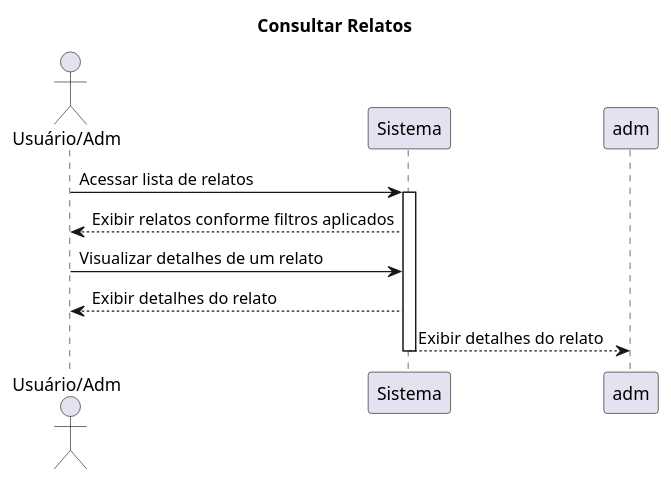
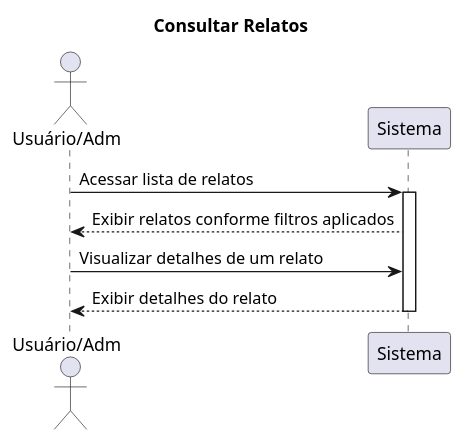
The fourth of 4 diagrams in SequenceDiagram.md (RenataArdito/Alerta-ADS), drawn with PlantUML before and after one commit.

````diff
--- a/SequenceDiagram.md
+++ b/SequenceDiagram.md
@@ -59,22 +59,21 @@
 ```plantuml
 @startuml
 
 title Consultar Relatos
 
 actor "Usuário/Adm" as usr
 participant "Sistema" as sis
 
 usr -> sis: Acessar lista de relatos
 activate sis
 
 sis --> usr: Exibir relatos conforme filtros aplicados
 
 usr -> sis: Visualizar detalhes de um relato
 
 sis --> usr: Exibir detalhes do relato
-sis --> adm: Exibir detalhes do relato
 
 deactivate sis
 
 @enduml
 ```
````
